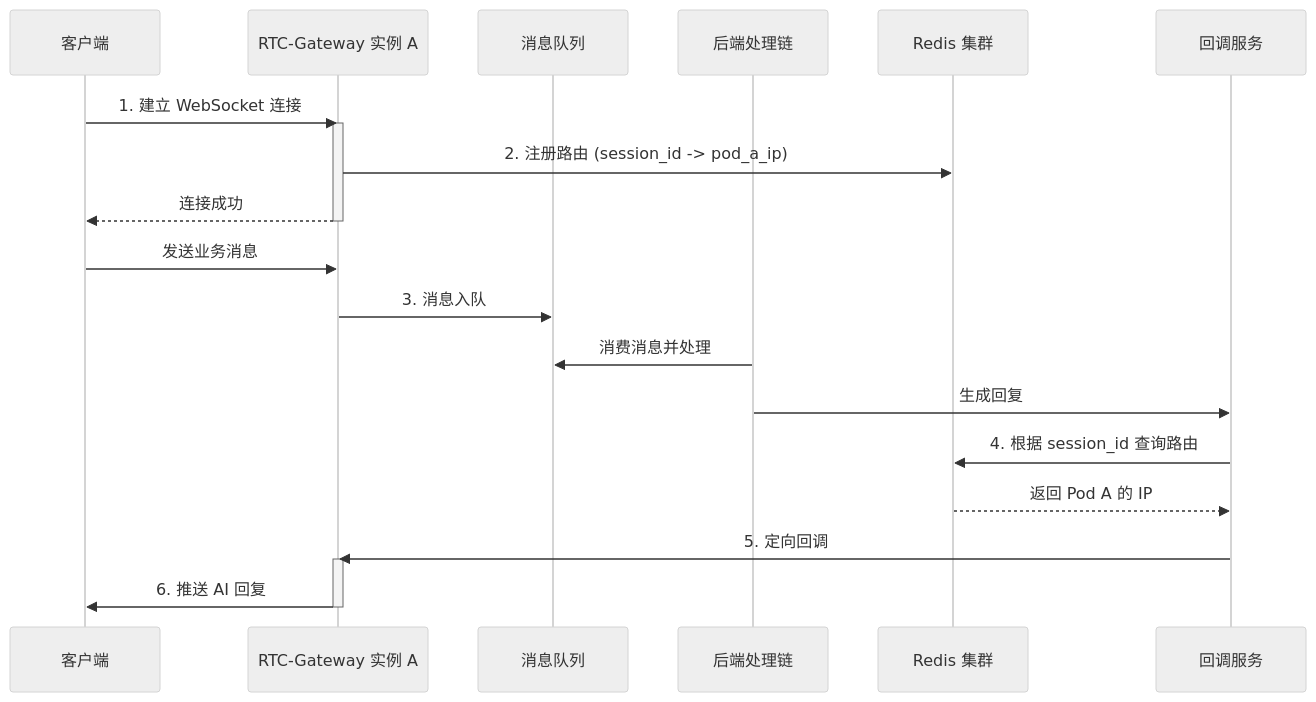
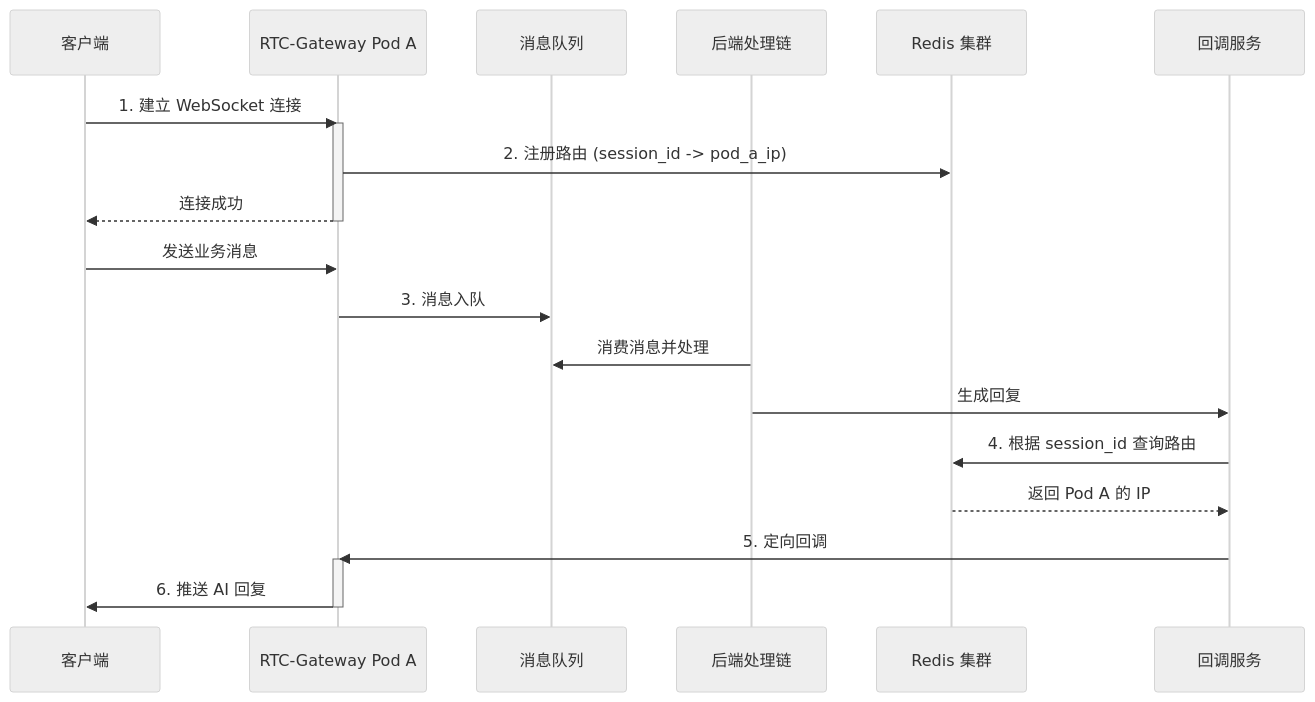
The first of 3 diagrams in distributed/架构演进：为“AI语音伴侣”构建永不中断的实时通信网关.md (iheCoder/code_for_article), drawn with Mermaid (neutral theme) before and after one commit. The commit also changed other lines of this file, not shown here.

````diff
--- a/distributed/架构演进：为“AI语音伴侣”构建永不中断的实时通信网关.md
+++ b/distributed/架构演进：为“AI语音伴侣”构建永不中断的实时通信网关.md
@@ -27,29 +27,29 @@
 ```mermaid
 sequenceDiagram
     participant Client as 客户端
-    participant PodA as RTC-Gateway 实例 A
+    participant PodA as RTC-Gateway Pod A
     participant MQ as 消息队列
     participant Backend as 后端处理链
     participant Redis as Redis 集群
     participant CallbackSvc as 回调服务
 
     Client->>PodA: 1. 建立 WebSocket 连接
     activate PodA
     PodA->>Redis: 2. 注册路由 (session_id -> pod_a_ip)
     PodA-->>Client: 连接成功
     deactivate PodA
 
     Client->>PodA: 发送业务消息
     PodA->>MQ: 3. 消息入队
 
     Backend->>MQ: 消费消息并处理
     Backend->>CallbackSvc: 生成回复
 
     CallbackSvc->>Redis: 4. 根据 session_id 查询路由
     Redis-->>CallbackSvc: 返回 Pod A 的 IP
 
     CallbackSvc->>PodA: 5. 定向回调
     activate PodA
     PodA->>Client: 6. 推送 AI 回复
     deactivate PodA
 ```
````
